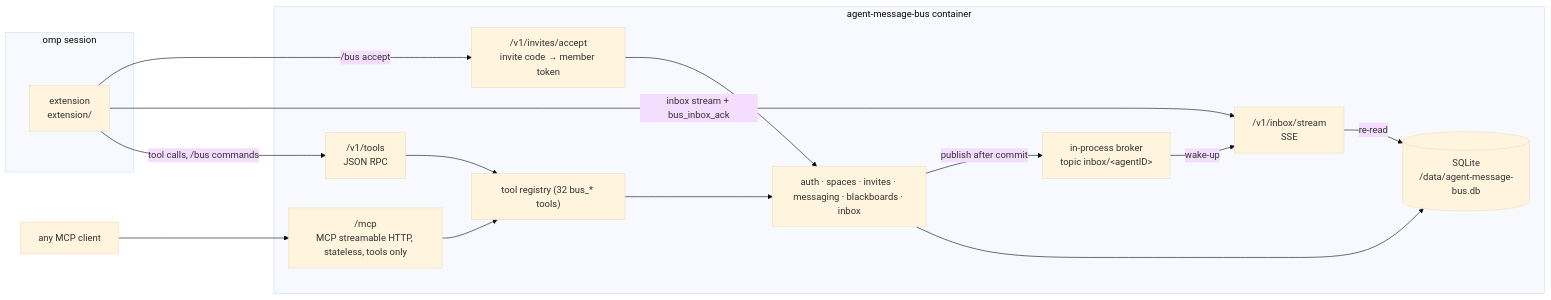
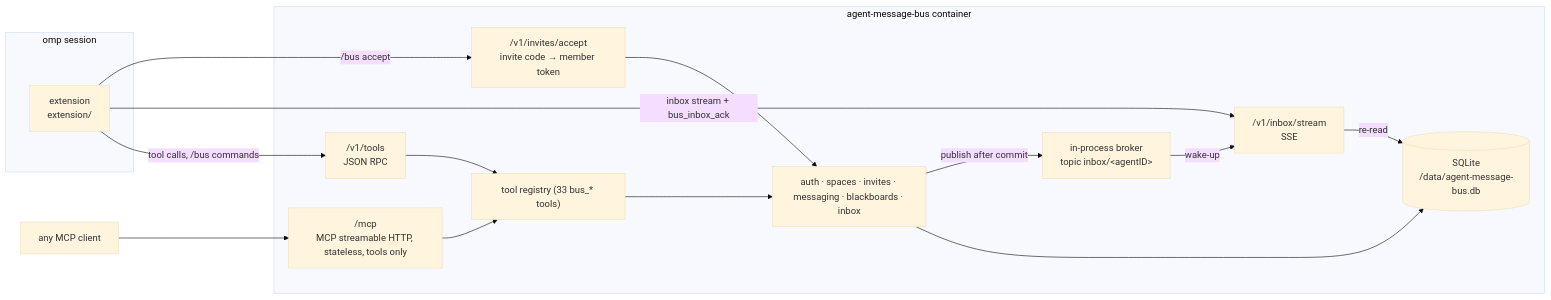
The diagram in server/spec/README.md (till-muellers/agent-message-bus), drawn with Mermaid (base theme) before and after one commit. The commit also changed other lines of this file and 24 other files, not shown here.

````diff
--- a/server/spec/README.md
+++ b/server/spec/README.md
@@ -11,28 +11,28 @@
 ```mermaid
 flowchart LR
   subgraph omp["omp session"]
     ext["extension<br/>extension/"]
   end
   subgraph container["agent-message-bus container"]
     mcp["/mcp<br/>MCP streamable HTTP, stateless, tools only"]
     rpc["/v1/tools<br/>JSON RPC"]
     sse["/v1/inbox/stream<br/>SSE"]
     acc["/v1/invites/accept<br/>invite code → member token"]
-    reg["tool registry (32 bus_* tools)"]
+    reg["tool registry (33 bus_* tools)"]
     feat["auth · spaces · invites · messaging · blackboards · inbox"]
     broker["in-process broker<br/>topic inbox/&lt;agentID&gt;"]
     db[("SQLite<br/>/data/agent-message-bus.db")]
   end
   mcpclient["any MCP client"] --> mcp
   ext -- "tool calls, /bus commands" --> rpc
   ext -- "inbox stream + bus_inbox_ack" --> sse
   ext -- "/bus accept" --> acc
   acc --> feat
   mcp --> reg
   rpc --> reg
   reg --> feat
   feat --> db
   feat -- "publish after commit" --> broker
   broker -- "wake-up" --> sse
   sse -- "re-read" --> db
 ```
````
